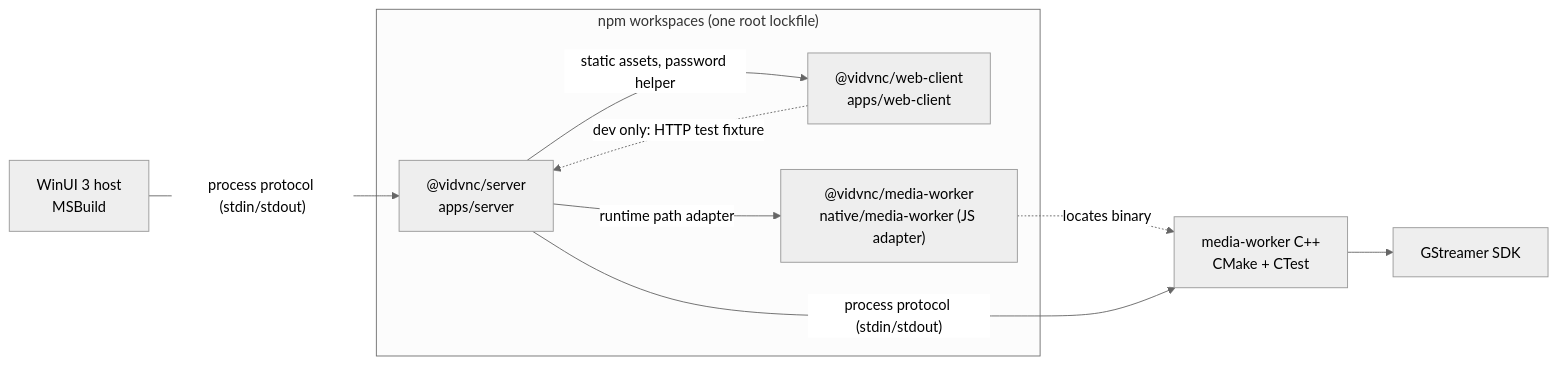
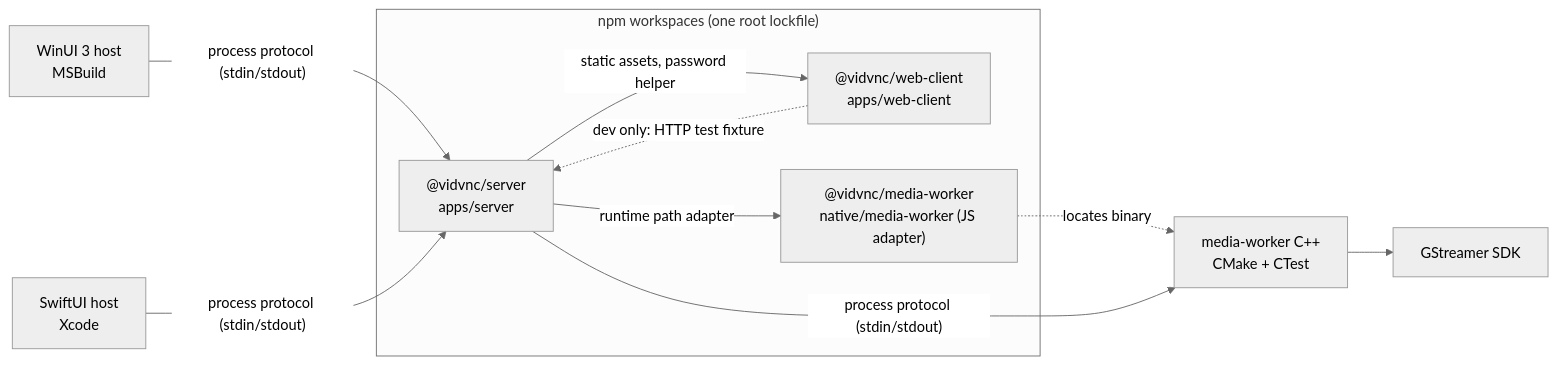
One commit to kiforsbe/vidvnc changed diagram 20 of 20 in docs/ARCHITECTURE.md. Above: the diagram before and after it, drawn with Mermaid (neutral theme). The commit also changed other lines of this file and 5 other files, not shown here.

First line of the commit message:
Docs: bring architecture, READMEs and changelog up to date with macOS

````diff
--- a/docs/ARCHITECTURE.md
+++ b/docs/ARCHITECTURE.md
@@ -1750,19 +1767,21 @@
 ```mermaid
 flowchart LR
     subgraph npm["npm workspaces (one root lockfile)"]
         server["@vidvnc/server<br/>apps/server"]
         web["@vidvnc/web-client<br/>apps/web-client"]
         mw["@vidvnc/media-worker<br/>native/media-worker (JS adapter)"]
     end
     cpp["media-worker C++<br/>CMake + CTest"]
     host["WinUI 3 host<br/>MSBuild"]
+    machost["SwiftUI host<br/>Xcode"]
     gst["GStreamer SDK"]
 
     server -->|"static assets, password helper"| web
     server -->|"runtime path adapter"| mw
     web -.->|"dev only: HTTP test fixture"| server
     mw -.->|"locates binary"| cpp
     cpp --> gst
     host -->|"process protocol (stdin/stdout)"| server
+    machost -->|"process protocol (stdin/stdout)"| server
     server -->|"process protocol (stdin/stdout)"| cpp
 ```
````
